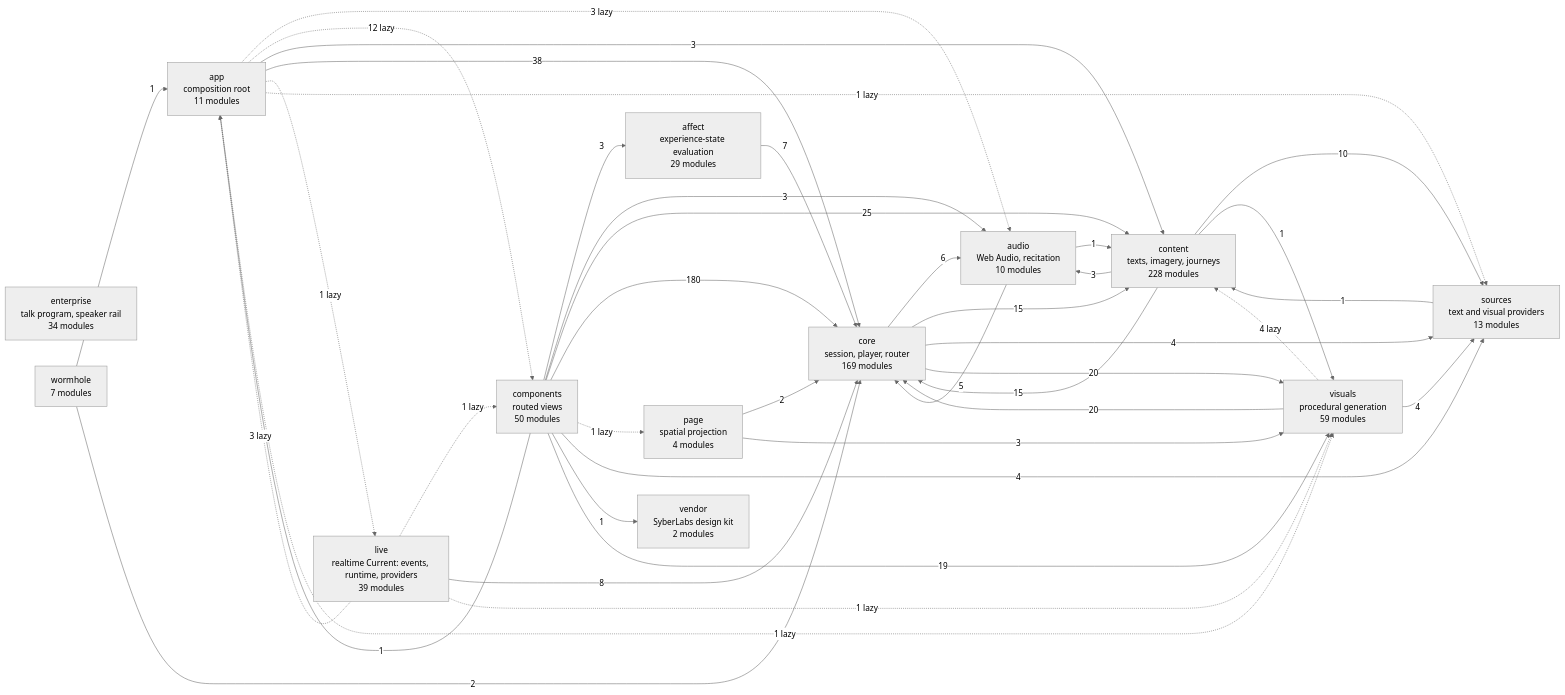
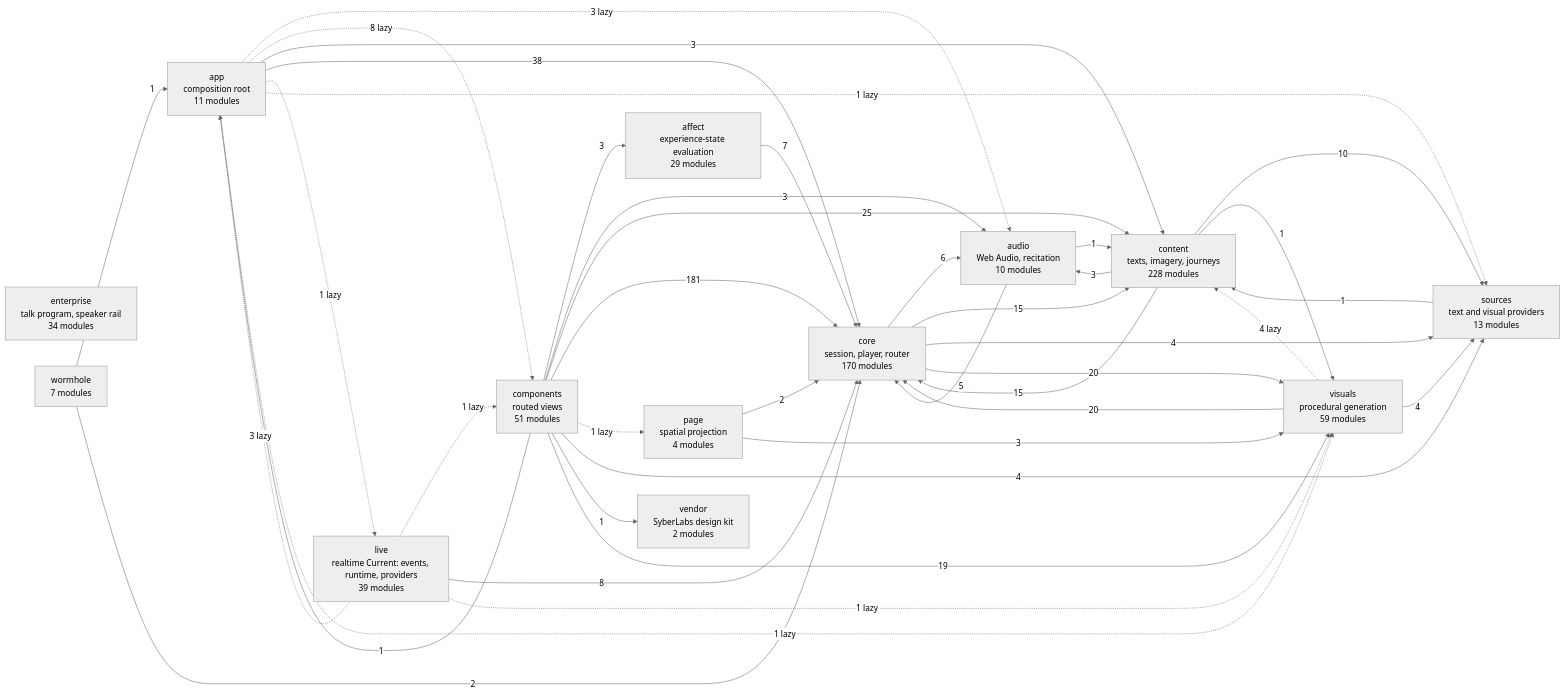
The diagram in docs/specs/ARCHITECTURE.md (SyberLabs/RISE), drawn with Mermaid (neutral theme) before and after one commit. The commit also changed other lines of this file and 45 other files, not shown here.

````diff
--- a/docs/specs/ARCHITECTURE.md
+++ b/docs/specs/ARCHITECTURE.md
@@ -152,56 +153,56 @@
 ```mermaid
 flowchart LR
     affect["affect<br/>experience-state evaluation<br/>29 modules"]
     app["app<br/>composition root<br/>11 modules"]
     audio["audio<br/>Web Audio, recitation<br/>10 modules"]
-    components["components<br/>routed views<br/>50 modules"]
+    components["components<br/>routed views<br/>51 modules"]
     content["content<br/>texts, imagery, journeys<br/>228 modules"]
-    core["core<br/>session, player, router<br/>169 modules"]
+    core["core<br/>session, player, router<br/>170 modules"]
     enterprise["enterprise<br/>talk program, speaker rail<br/>34 modules"]
     live["live<br/>realtime Current: events, runtime, providers<br/>39 modules"]
     page["page<br/>spatial projection<br/>4 modules"]
     sources["sources<br/>text and visual providers<br/>13 modules"]
     vendor["vendor<br/>SyberLabs design kit<br/>2 modules"]
     visuals["visuals<br/>procedural generation<br/>59 modules"]
     wormhole["wormhole<br/>7 modules"]
 
     affect --> |7| core
     app -.-> |3 lazy| audio
-    app -.-> |12 lazy| components
+    app -.-> |8 lazy| components
     app --> |3| content
     app --> |38| core
     app -.-> |1 lazy| live
     app -.-> |1 lazy| sources
     app -.-> |1 lazy| visuals
     audio --> |1| content
     audio --> |5| core
     components --> |3| affect
     components --> |1| app
     components --> |3| audio
     components --> |25| content
-    components --> |180| core
+    components --> |181| core
     components -.-> |1 lazy| page
     components --> |4| sources
     components --> |1| vendor
     components --> |19| visuals
     content --> |3| audio
     content --> |15| core
     content --> |10| sources
     content --> |1| visuals
     core --> |6| audio
     core --> |15| content
     core --> |4| sources
     core --> |20| visuals
     live -.-> |3 lazy| app
     live -.-> |1 lazy| components
     live --> |8| core
     live -.-> |1 lazy| visuals
     page --> |2| core
     page --> |3| visuals
     sources --> |1| content
     visuals -.-> |4 lazy| content
     visuals --> |20| core
     visuals --> |4| sources
     wormhole --> |1| app
     wormhole --> |2| core
 ```
````
